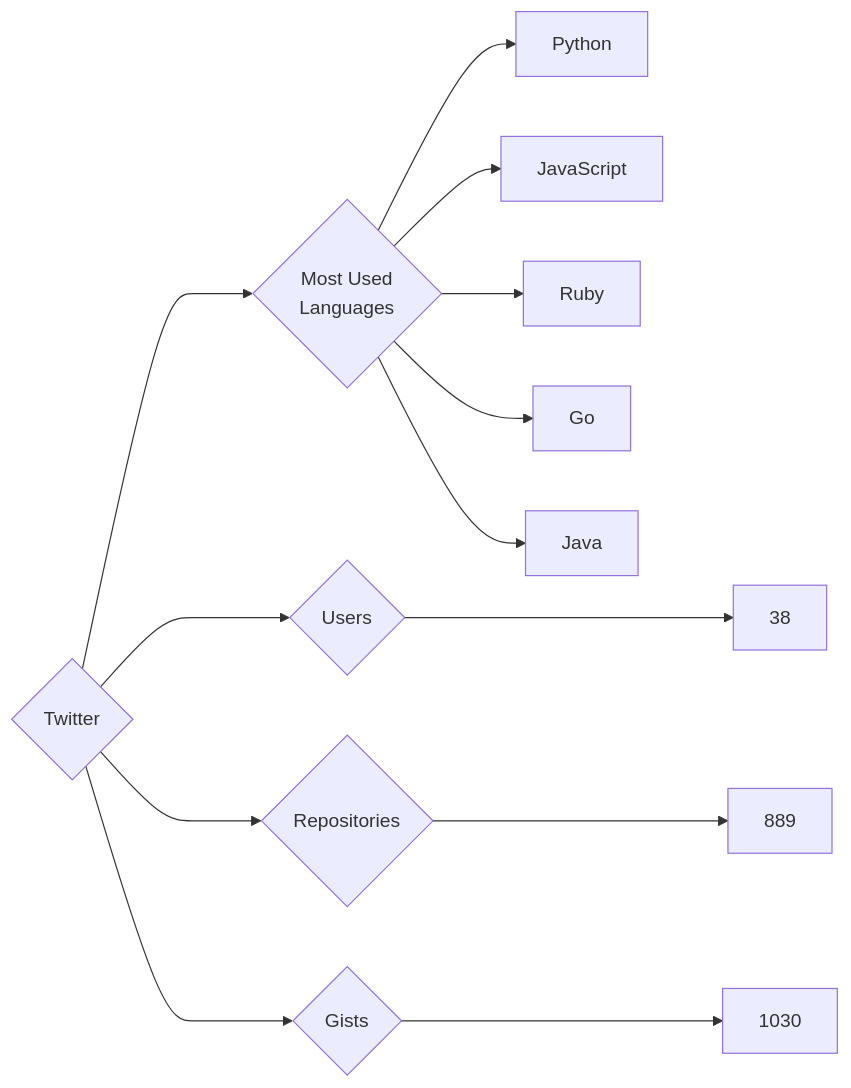
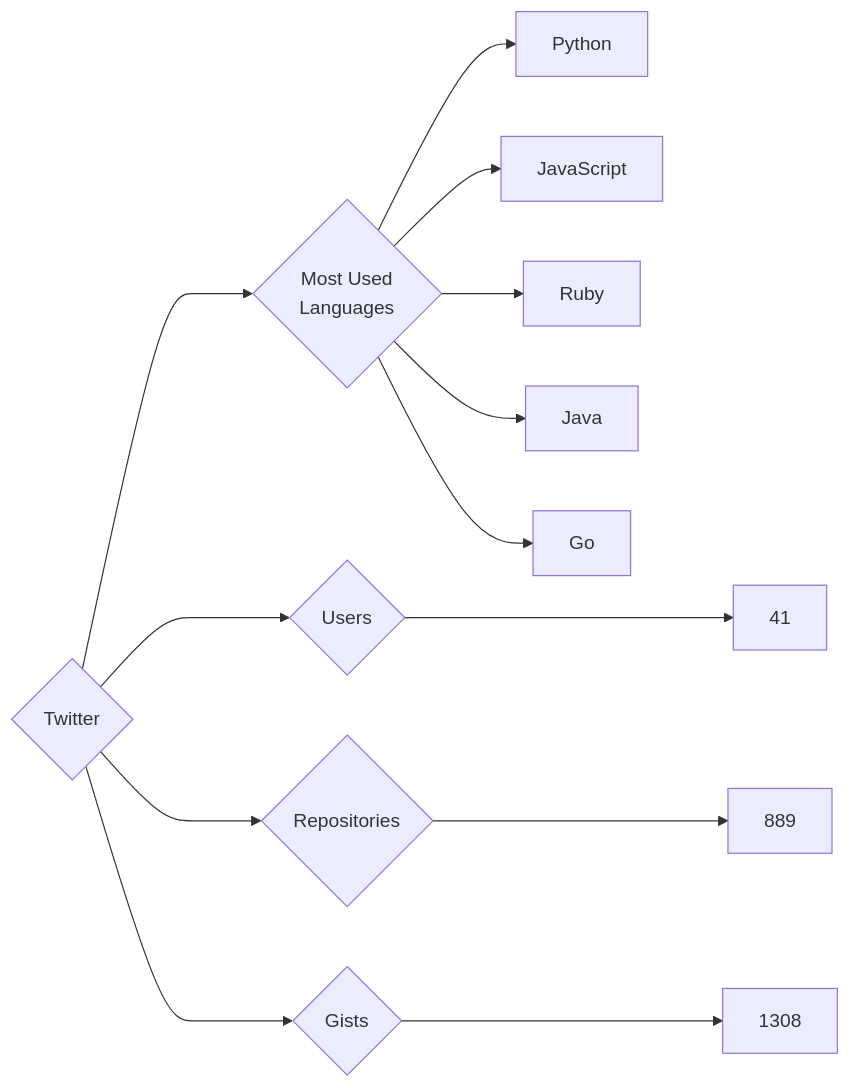
The diagram in targets/Twitter/README.md (trickest/insiders), drawn with Mermaid before and after one commit. The commit also changed 948 other files, not shown here.

````diff
--- a/targets/Twitter/README.md
+++ b/targets/Twitter/README.md
@@ -3,13 +3,13 @@
 ```mermaid
 graph LR
 COMPANY_NAME{Twitter}
-COMPANY_NAME ---> U{Users} ---> UN[38]
+COMPANY_NAME ---> U{Users} ---> UN[41]
 COMPANY_NAME ---> R{Repositories} ---> RN[889]
-COMPANY_NAME ---> G{Gists} ---> GN[1030]
+COMPANY_NAME ---> G{Gists} ---> GN[1308]
 COMPANY_NAME ---> ML{Most Used<br>Languages}
 ML --> Python[Python]
 ML --> JavaScript[JavaScript]
 ML --> Ruby[Ruby]
+ML --> Java[Java]
 ML --> Go[Go]
-ML --> Java[Java]
 ```
````
